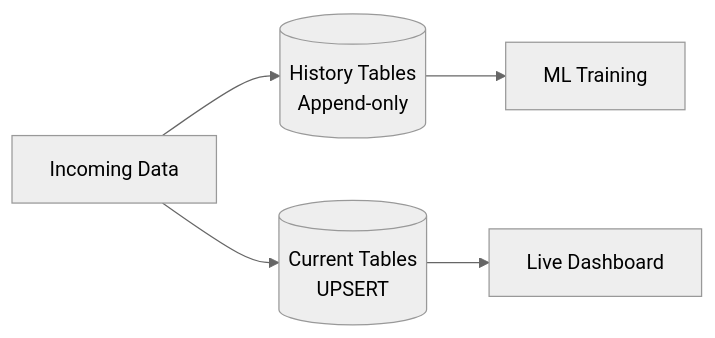
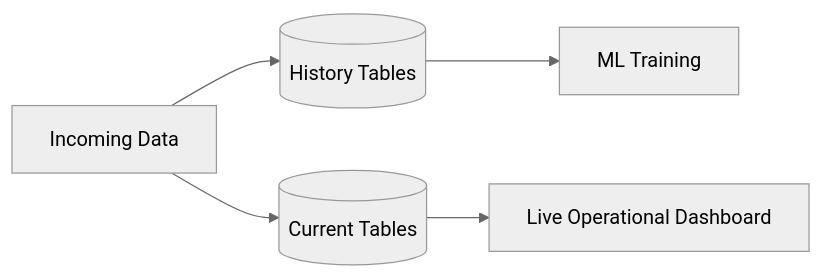
The eighth of 8 diagrams in README.md (SHATHISH-07/port-system), drawn with Mermaid (neutral theme) before and after one commit. The commit also changed other lines of this file, not shown here.

````diff
--- a/README.md
+++ b/README.md
@@ -521,7 +570,12 @@
 ```mermaid
 flowchart LR
-    A[Incoming Data] --> B[(History Tables\nAppend-only)]
-    A --> C[(Current Tables\nUPSERT)]
+
+    A[Incoming Data]
+    --> B[(History Tables)]
+
+    A --> C[(Current Tables)]
+
     B --> D[ML Training]
-    C --> E[Live Dashboard]
+
+    C --> E[Live Operational Dashboard]
 ```
````
